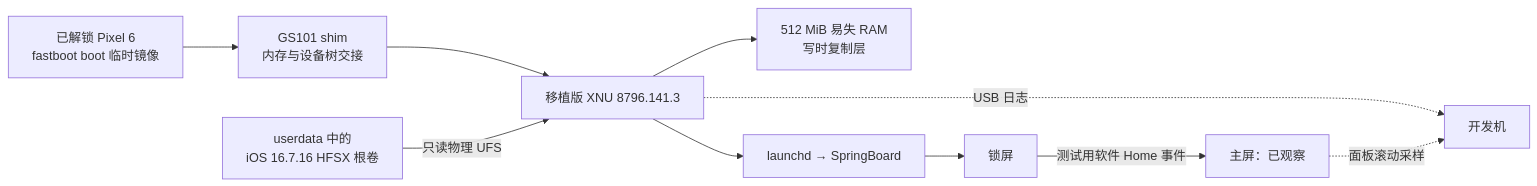
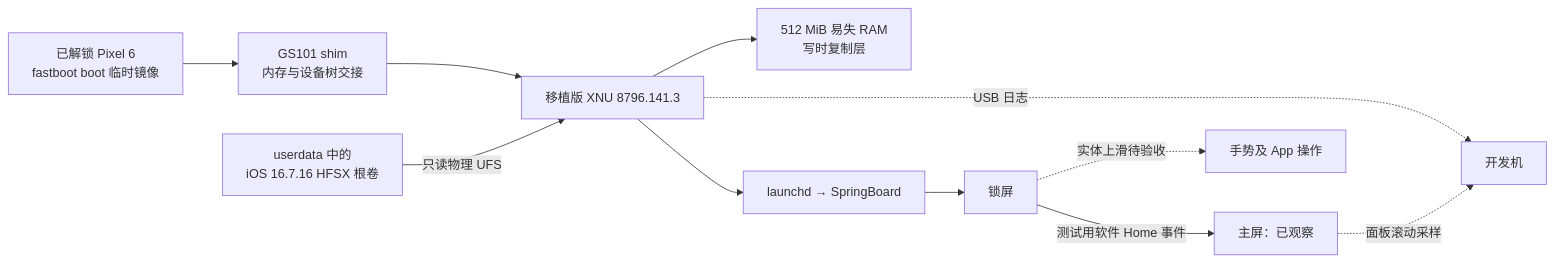
One commit to everettjf/pixel6ios changed the first of 2 diagrams in README.md. Above: the diagram before and after it, drawn with Mermaid. The commit also changed other lines of this file and 2 other files, not shown here.

````diff
--- a/README.md
+++ b/README.md
@@ -26,12 +27,13 @@
 ```mermaid
 flowchart LR
     A[已解锁 Pixel 6<br/>fastboot boot 临时镜像] --> B[GS101 shim<br/>内存与设备树交接]
     B --> C[移植版 XNU 8796.141.3]
     D[userdata 中的<br/>iOS 16.7.16 HFSX 根卷] -->|只读物理 UFS| C
     C --> E[512 MiB 易失 RAM<br/>写时复制层]
     C --> F[launchd → SpringBoard]
     F --> G[锁屏]
     G -->|测试用软件 Home 事件| H[主屏：已观察]
+    G -. 实体上滑待验收 .-> J[手势及 App 操作]
     C -. USB 日志 .-> I[开发机]
     H -. 面板滚动采样 .-> I
 ```
````
